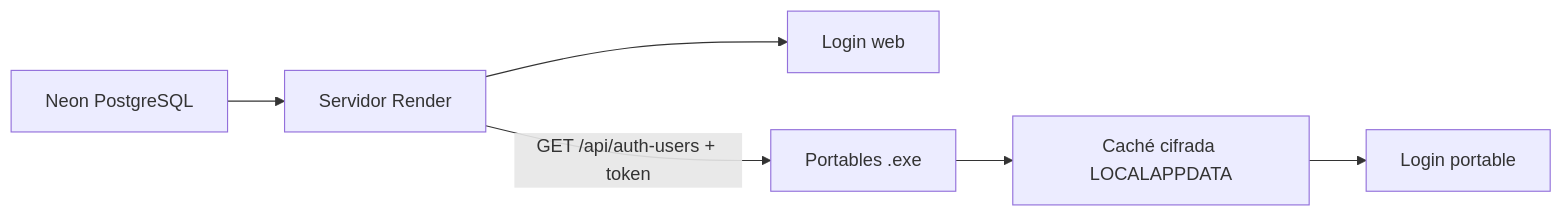
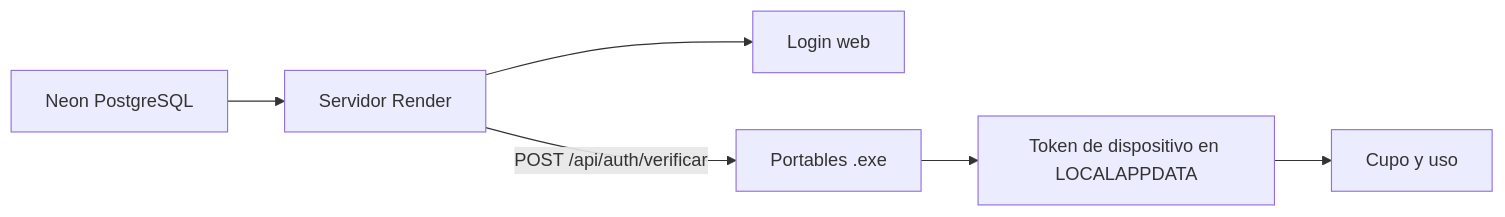
Before and after one commit to lucastissera/analisis-del-contribuyente: the diagram in docs/AUTH_USUARIOS_NUBE.md, drawn with Mermaid. The commit also changed other lines of this file and 25 other files, not shown here.

````diff
--- a/docs/AUTH_USUARIOS_NUBE.md
+++ b/docs/AUTH_USUARIOS_NUBE.md
@@ -20,8 +20,8 @@
 ```mermaid
 flowchart LR
     A[Neon PostgreSQL] --> B[Servidor Render]
     B --> C[Login web]
-    B -->|GET /api/auth-users + token| D[Portables .exe]
-    D --> E[Caché cifrada LOCALAPPDATA]
-    E --> F[Login portable]
+    B -->|POST /api/auth/verificar| D[Portables .exe]
+    D --> E[Token de dispositivo en LOCALAPPDATA]
+    E --> F[Cupo y uso]
 ```
````
